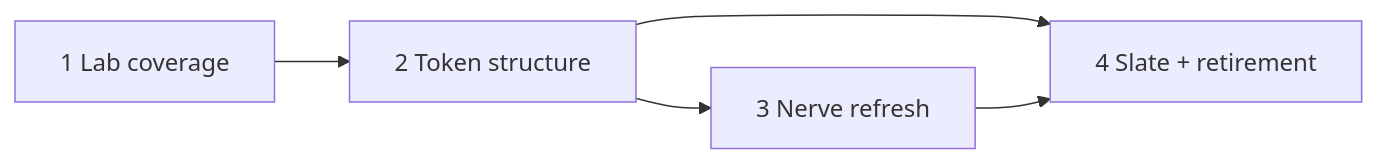
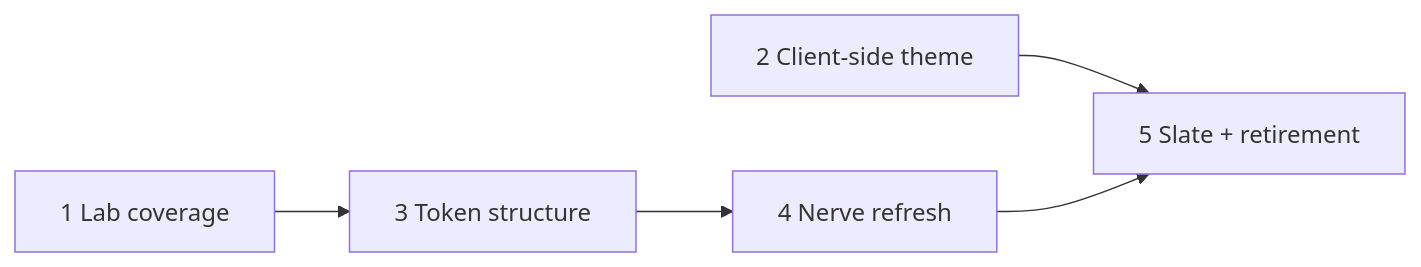
One commit to ThilinaTLM/nerve changed the diagram in docs/proposals/theme-and-design-tokens.md. Above: the diagram before and after it, drawn with Mermaid. The commit also changed other lines of this file, not shown here.

````diff
--- a/docs/proposals/theme-and-design-tokens.md
+++ b/docs/proposals/theme-and-design-tokens.md
@@ -211,7 +289,7 @@
 ```mermaid
 flowchart LR
-  A[1 Lab coverage] --> B[2 Token structure]
-  B --> C[3 Nerve refresh]
-  B --> D[4 Slate + retirement]
-  C --> D
+  A[1 Lab coverage] --> C[3 Token structure]
+  B[2 Client-side theme] --> E[5 Slate + retirement]
+  C --> D[4 Nerve refresh]
+  D --> E
 ```
````
